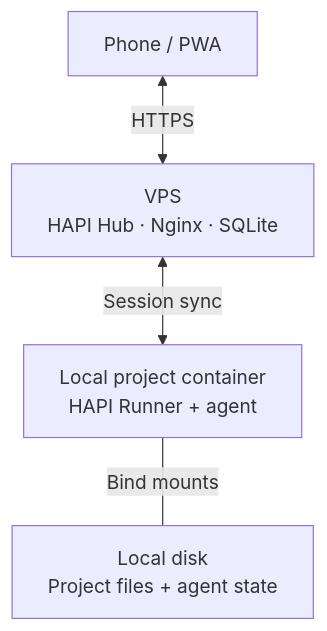
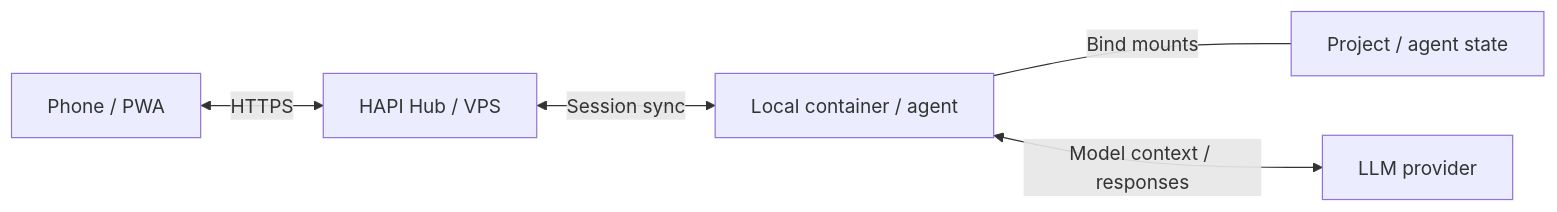
The diagram in README.md (ChengmingTangCN/agent-container), drawn with Mermaid before and after one commit. The commit also changed other lines of this file and 8 other files, not shown here.

First line of the commit message:
agent-container: Generalize the launcher and simplify project setup

````diff
--- a/README.md
+++ b/README.md
@@ -7,11 +7,7 @@
 ```mermaid
-flowchart TB
-    Phone["Phone / PWA"]
-    VPS["VPS<br/>HAPI Hub · Nginx · SQLite"]
-    Container["Local project container<br/>HAPI Runner + agent"]
-    Files["Local disk<br/>Project files + agent state"]
-
-    Phone <-->|HTTPS| VPS
-    VPS <-->|Session sync| Container
-    Container ---|Bind mounts| Files
+flowchart LR
+    Phone[Phone / PWA] <-->|HTTPS| Hub[HAPI Hub / VPS]
+    Hub <-->|Session sync| Container[Local container / agent]
+    Container ---|Bind mounts| Files[Project / agent state]
+    Container <-->|Model context / responses| Provider[LLM provider]
 ```
````
